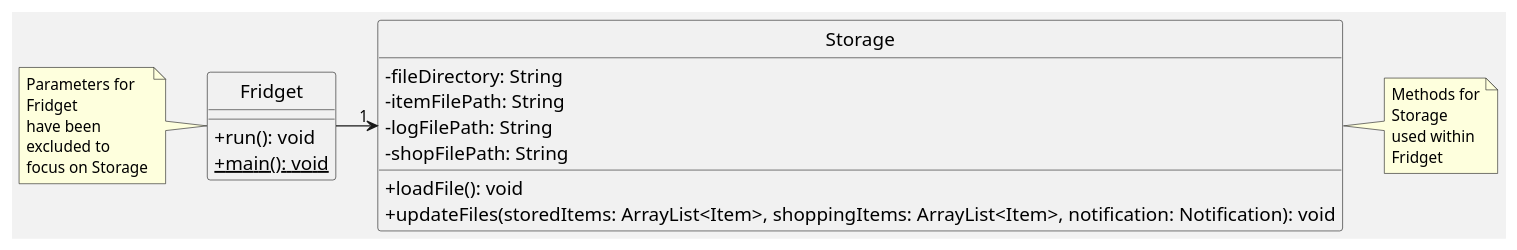
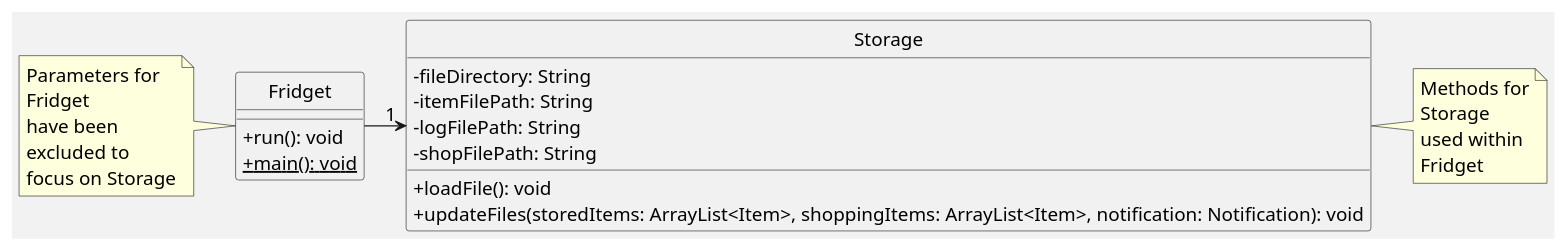
The diagram in docs/pumlFiles/StorageClass.puml (uosjapuelks/tp), drawn with PlantUML before and after one commit. The commit also changed 2 other files, not shown here.

Commit message:
Fix font size for storage class diagram

```diff
--- a/docs/pumlFiles/StorageClass.puml
+++ b/docs/pumlFiles/StorageClass.puml
@@ -1,39 +1,38 @@
 @startuml
 hide circle
 skinparam classAttributeIconSize 0
-skinparam classFontSize 16
-skinparam classAttributeFontSize 16
+skinparam defaultFontSize 16
 skinparam backgroundColor #f2f2f2
 
 Fridget -> "1" Storage
 
 class Fridget {
     + run(): void
     + {static} main(): void
 }
 
 note left
     Parameters for
     Fridget
     have been
     excluded to
     focus on Storage
 end note
 
 class Storage {
     - fileDirectory: String
     - itemFilePath: String
     - logFilePath: String
     - shopFilePath: String
     + loadFile(): void
     + updateFiles(storedItems: ArrayList<Item>, shoppingItems: ArrayList<Item>, notification: Notification): void
 }
 
 note right
     Methods for
     Storage
     used within
     Fridget
 end note
 
 @enduml
```
